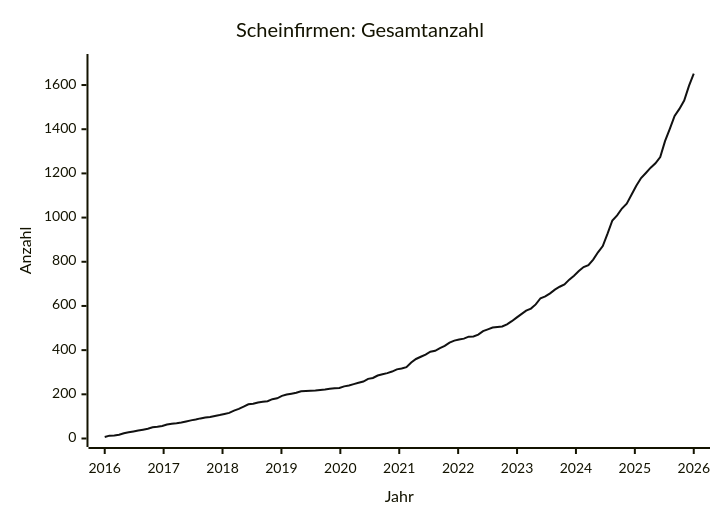
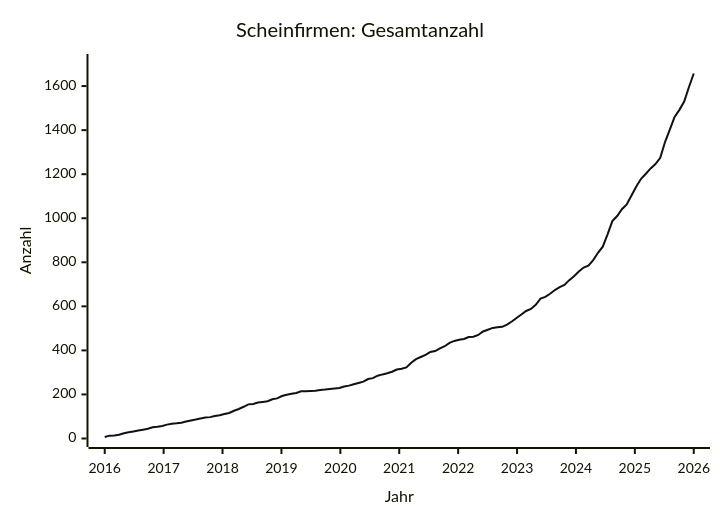
Before and after one commit to arjoma/scheinfirmen-at: the diagram in data/STATS.md, drawn with Mermaid. The commit also changed other lines of this file and 3 other files, not shown here.

````diff
--- a/data/STATS.md
+++ b/data/STATS.md
@@ -9,13 +9,13 @@
 ```mermaid
 ---
 config:
   themeVariables:
     xyChart:
       plotColorPalette: "#111111"
 ---
 xychart-beta
     title "Scheinfirmen: Gesamtanzahl"
     x-axis "Jahr" 2016 --> 2026
-    y-axis "Anzahl" 0 --> 1702
-    line [7, 13, 14, 17, 24, 28, 32, 36, 40, 44, 51, 53, 57, 63, 67, 69, 72, 77, 82, 86, 91, 95, 97, 102, 106, 111, 116, 126, 134, 144, 155, 157, 163, 166, 169, 178, 182, 193, 199, 203, 207, 214, 215, 216, 217, 220, 222, 225, 227, 229, 236, 240, 246, 252, 258, 270, 274, 285, 291, 296, 303, 313, 317, 323, 344, 360, 370, 380, 393, 397, 409, 419, 434, 443, 448, 452, 461, 462, 470, 486, 494, 502, 505, 507, 517, 531, 547, 563, 579, 588, 607, 635, 643, 657, 674, 687, 697, 719, 737, 758, 776, 785, 810, 843, 871, 927, 987, 1010, 1041, 1063, 1103, 1144, 1179, 1202, 1226, 1246, 1274, 1346, 1402, 1460, 1492, 1530, 1596, 1652]
+    y-axis "Anzahl" 0 --> 1707
+    line [7, 13, 14, 17, 24, 28, 32, 36, 40, 44, 51, 53, 57, 63, 67, 69, 72, 77, 82, 86, 91, 95, 97, 102, 106, 111, 116, 126, 134, 144, 155, 157, 163, 166, 169, 178, 182, 193, 199, 203, 207, 214, 215, 216, 217, 220, 222, 225, 227, 229, 236, 240, 246, 252, 258, 270, 274, 285, 291, 296, 303, 313, 317, 323, 344, 360, 370, 380, 393, 397, 409, 419, 434, 443, 448, 452, 461, 462, 470, 486, 494, 502, 505, 507, 517, 531, 547, 563, 579, 588, 607, 635, 643, 657, 674, 687, 697, 719, 737, 758, 776, 785, 810, 843, 871, 927, 987, 1010, 1041, 1063, 1103, 1144, 1179, 1202, 1226, 1246, 1274, 1346, 1402, 1460, 1492, 1530, 1596, 1657]
 ```
````
